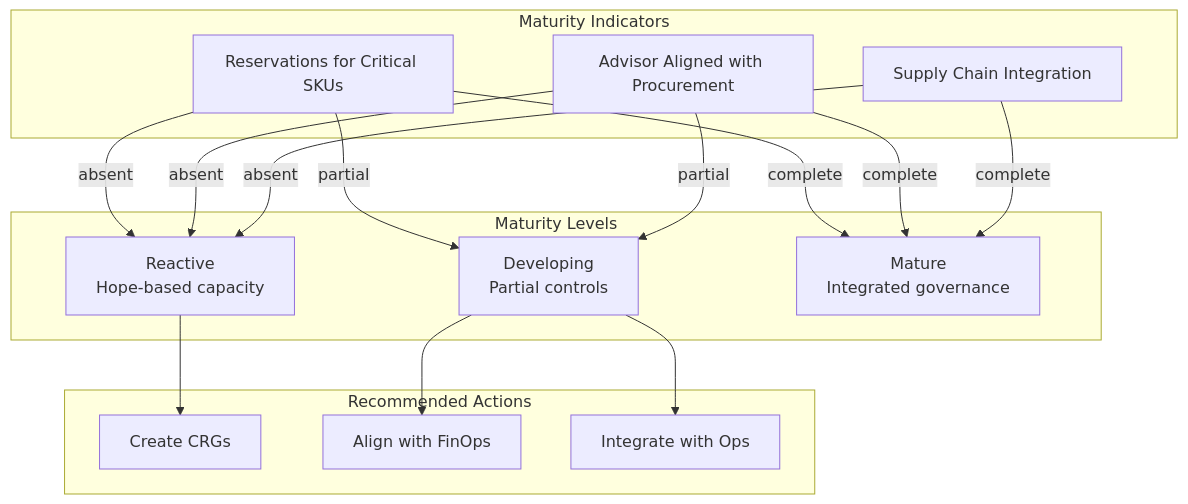
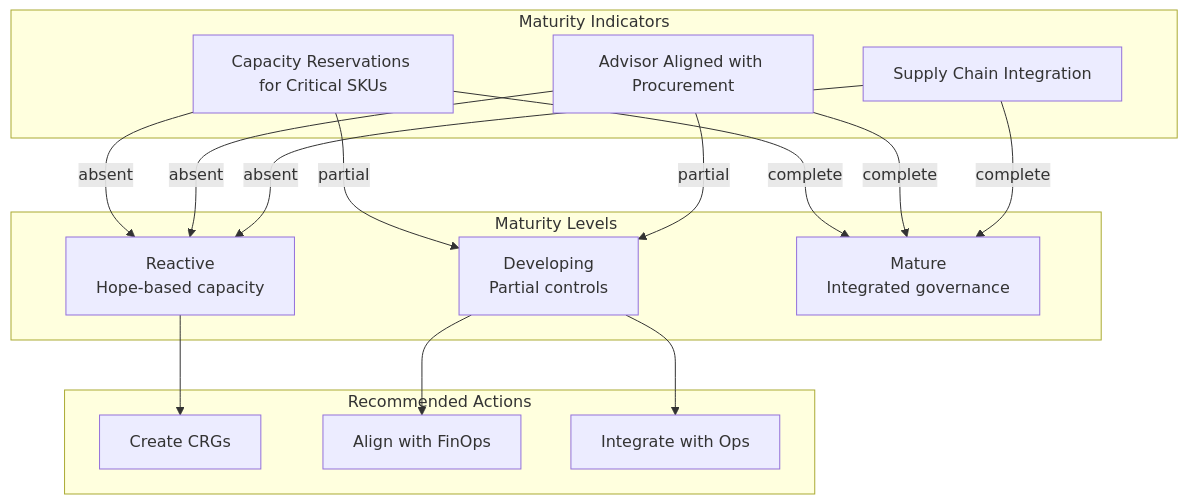
Before and after one commit to msbrettorg/azcapman: the diagram in training/modules/module-18-csu-talk-tracks-betting-on-maturity.md, drawn with Mermaid. The commit also changed other lines of this file and 18 other files, not shown here.

````diff
--- a/training/modules/module-18-csu-talk-tracks-betting-on-maturity.md
+++ b/training/modules/module-18-csu-talk-tracks-betting-on-maturity.md
@@ -60,35 +60,35 @@
 ```mermaid
 graph TD
     subgraph "Maturity Indicators"
-        res[Reservations for Critical SKUs]
+        res[Capacity Reservations for Critical SKUs]
         advisor[Advisor Aligned with Procurement]
         supply[Supply Chain Integration]
     end
 
     subgraph "Maturity Levels"
         reactive[Reactive<br/>Hope-based capacity]
         developing[Developing<br/>Partial controls]
         mature[Mature<br/>Integrated governance]
     end
 
     subgraph "Recommended Actions"
         crg_action[Create CRGs]
         finops_action[Align with FinOps]
         integrate_action[Integrate with Ops]
     end
 
     res -->|"absent"| reactive
     advisor -->|"absent"| reactive
     supply -->|"absent"| reactive
 
     res -->|"partial"| developing
     advisor -->|"partial"| developing
 
     res -->|"complete"| mature
     advisor -->|"complete"| mature
     supply -->|"complete"| mature
 
     reactive --> crg_action
     developing --> finops_action
     developing --> integrate_action
 ```
````
